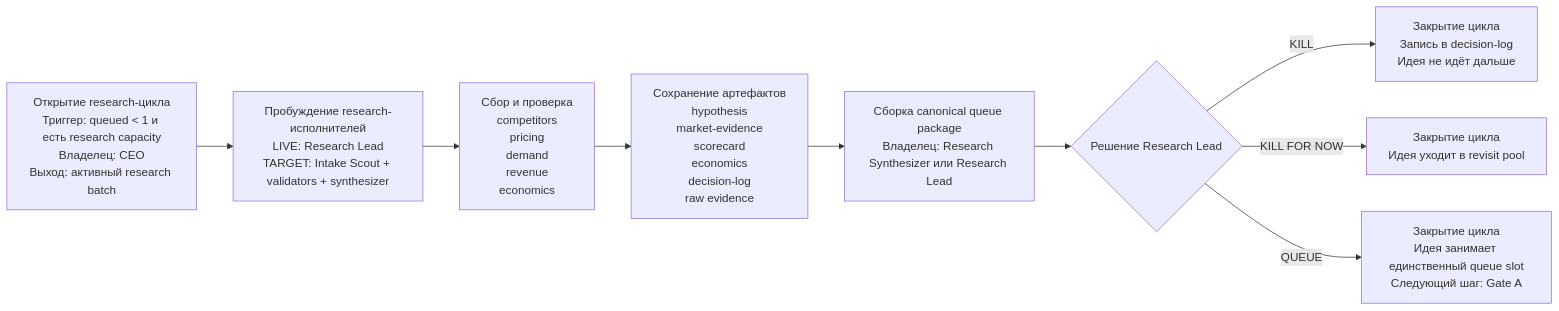
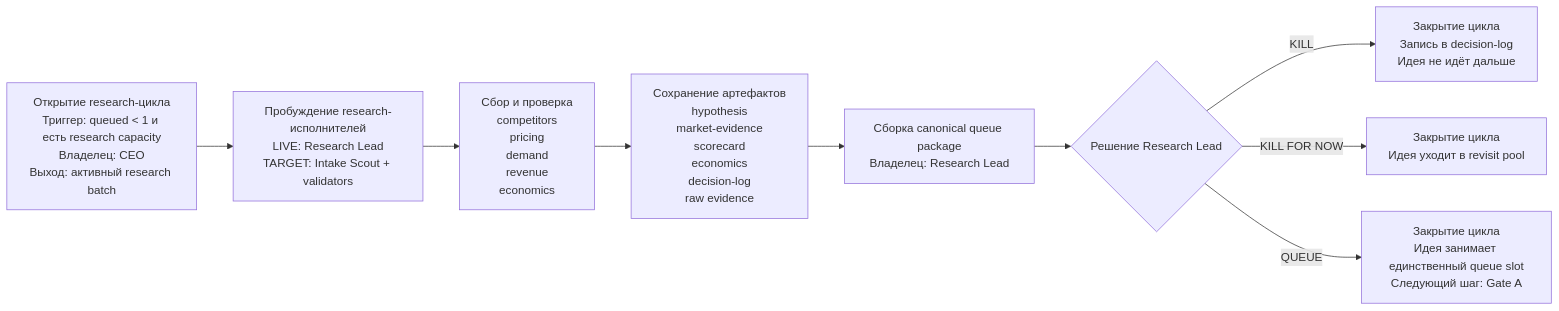
One commit to Vladick-Pick/Nohum-studio changed the diagram in docs/atlas/research-cycle-detail-ru.md. Above: the diagram before and after it, drawn with Mermaid. The commit also changed other lines of this file and 10 other files, not shown here.

Commit message:
docs: remove legacy research synthesizer role

````diff
--- a/docs/atlas/research-cycle-detail-ru.md
+++ b/docs/atlas/research-cycle-detail-ru.md
@@ -38,38 +38,38 @@
 ```mermaid
 flowchart LR
   A["Открытие research-цикла
 Триггер: queued < 1 и есть research capacity
 Владелец: CEO
 Выход: активный research batch"] --> B["Пробуждение research-исполнителей
 LIVE: Research Lead
-TARGET: Intake Scout + validators + synthesizer"]
+TARGET: Intake Scout + validators"]
 
   B --> C["Сбор и проверка
 competitors
 pricing
 demand
 revenue
 economics"]
 
   C --> D["Сохранение артефактов
 hypothesis
 market-evidence
 scorecard
 economics
 decision-log
 raw evidence"]
 
   D --> E["Сборка canonical queue package
-Владелец: Research Synthesizer или Research Lead"]
+Владелец: Research Lead"]
 
   E --> F{"Решение Research Lead"}
 
   F -->|"KILL"| G["Закрытие цикла
 Запись в decision-log
 Идея не идёт дальше"]
   F -->|"KILL FOR NOW"| H["Закрытие цикла
 Идея уходит в revisit pool"]
   F -->|"QUEUE"| I["Закрытие цикла
 Идея занимает единственный queue slot
 Следующий шаг: Gate A"]
 ```
````
